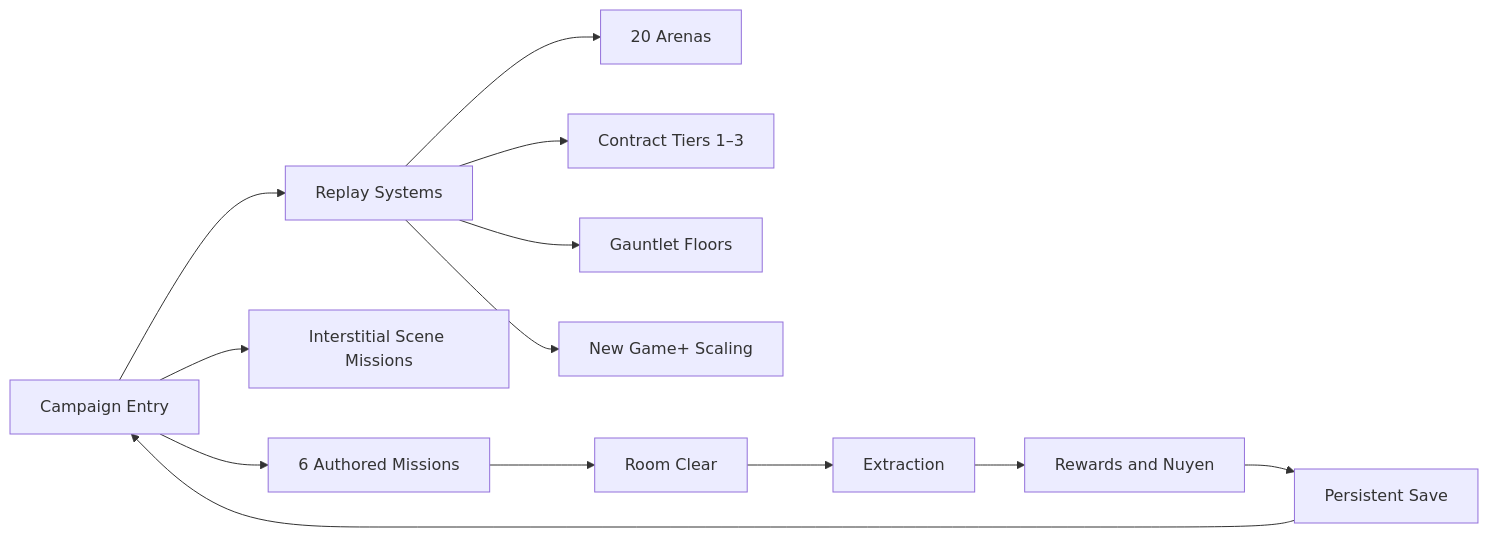
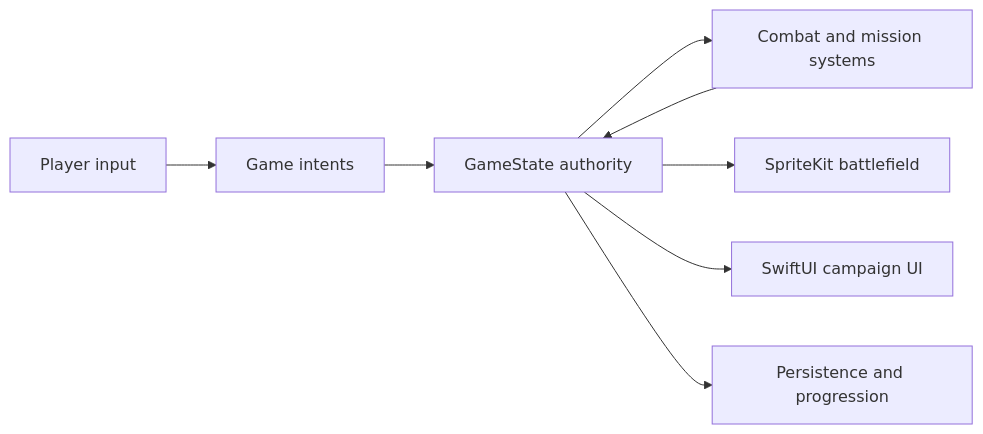
Before and after one commit to scrimshawlife-ctrl/Hexwire: the diagram in README.md, drawn with Mermaid. The commit also changed other lines of this file, not shown here.

````diff
--- a/README.md
+++ b/README.md
@@ -128,17 +173,10 @@
 ```mermaid
 flowchart LR
-    Campaign[Campaign Entry] --> Missions[6 Authored Missions]
-    Campaign --> Scenes[Interstitial Scene Missions]
-    Campaign --> Replay[Replay Systems]
-
-    Replay --> Arenas[20 Arenas]
-    Replay --> Contracts[Contract Tiers 1–3]
-    Replay --> Gauntlet[Gauntlet Floors]
-    Replay --> NG[New Game+ Scaling]
-
-    Missions --> Clear[Room Clear]
-    Clear --> Extract[Extraction]
-    Extract --> Payout[Rewards and Nuyen]
-    Payout --> Persist[Persistent Save]
-    Persist --> Campaign
+    P[Player input] --> I[Game intents]
+    I --> G[GameState authority]
+    G --> C[Combat and mission systems]
+    C --> G
+    G --> S[SpriteKit battlefield]
+    G --> U[SwiftUI campaign UI]
+    G --> V[Persistence and progression]
 ```
````
